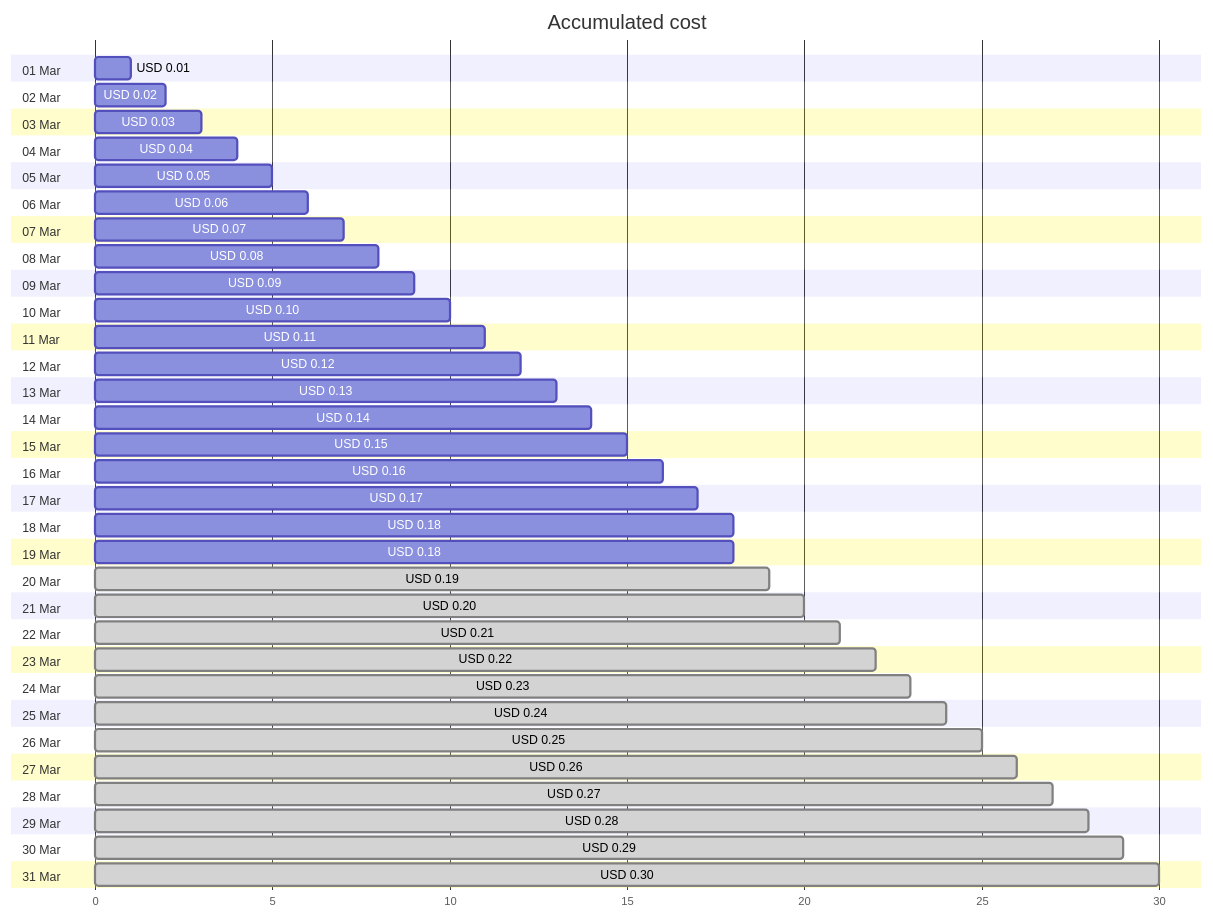
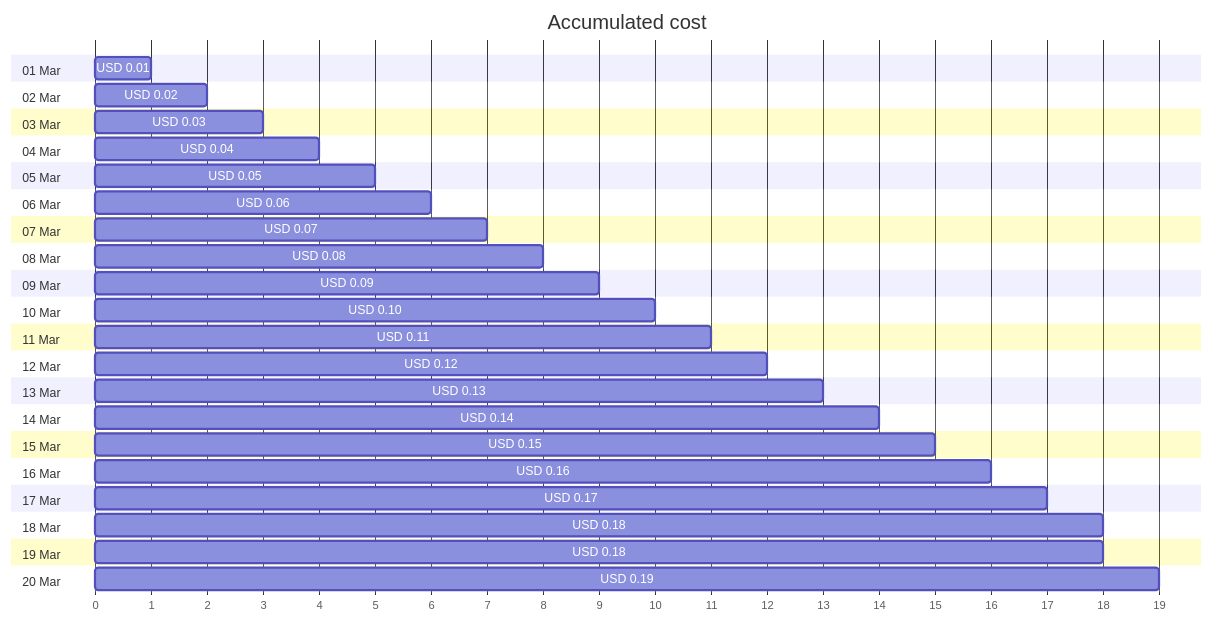
The first of 4 diagrams in cost-reports/cloud-shell-storage-eastus/README.md (jpfulton/azure-personal-reports), drawn with Mermaid before and after one commit. The commit also changed other lines of this file and 1 other file, not shown here.

Commit message:
Generated reports [skip ci]

````diff
--- a/cost-reports/cloud-shell-storage-eastus/README.md
+++ b/cost-reports/cloud-shell-storage-eastus/README.md
@@ -20,68 +20,46 @@
 ```mermaid
 gantt
    title Accumulated cost
    dateFormat  X
    axisFormat %s
    section 01 Mar
    USD 0.01 :0, 1
    section 02 Mar
    USD 0.02 :0, 2
    section 03 Mar
    USD 0.03 :0, 3
    section 04 Mar
    USD 0.04 :0, 4
    section 05 Mar
    USD 0.05 :0, 5
    section 06 Mar
    USD 0.06 :0, 6
    section 07 Mar
    USD 0.07 :0, 7
    section 08 Mar
    USD 0.08 :0, 8
    section 09 Mar
    USD 0.09 :0, 9
    section 10 Mar
    USD 0.10 :0, 10
    section 11 Mar
    USD 0.11 :0, 11
    section 12 Mar
    USD 0.12 :0, 12
    section 13 Mar
    USD 0.13 :0, 13
    section 14 Mar
    USD 0.14 :0, 14
    section 15 Mar
    USD 0.15 :0, 15
    section 16 Mar
    USD 0.16 :0, 16
    section 17 Mar
    USD 0.17 :0, 17
    section 18 Mar
    USD 0.18 :0, 18
    section 19 Mar
    USD 0.18 :0, 18
    section 20 Mar
-   USD 0.19 : done, 0, 19
-   section 21 Mar
-   USD 0.20 : done, 0, 20
-   section 22 Mar
-   USD 0.21 : done, 0, 21
-   section 23 Mar
-   USD 0.22 : done, 0, 22
-   section 24 Mar
-   USD 0.23 : done, 0, 23
-   section 25 Mar
-   USD 0.24 : done, 0, 24
-   section 26 Mar
-   USD 0.25 : done, 0, 25
-   section 27 Mar
-   USD 0.26 : done, 0, 26
-   section 28 Mar
-   USD 0.27 : done, 0, 27
-   section 29 Mar
-   USD 0.28 : done, 0, 28
-   section 30 Mar
-   USD 0.29 : done, 0, 29
-   section 31 Mar
-   USD 0.30 : done, 0, 30
+   USD 0.19 :0, 19
 ```
````
